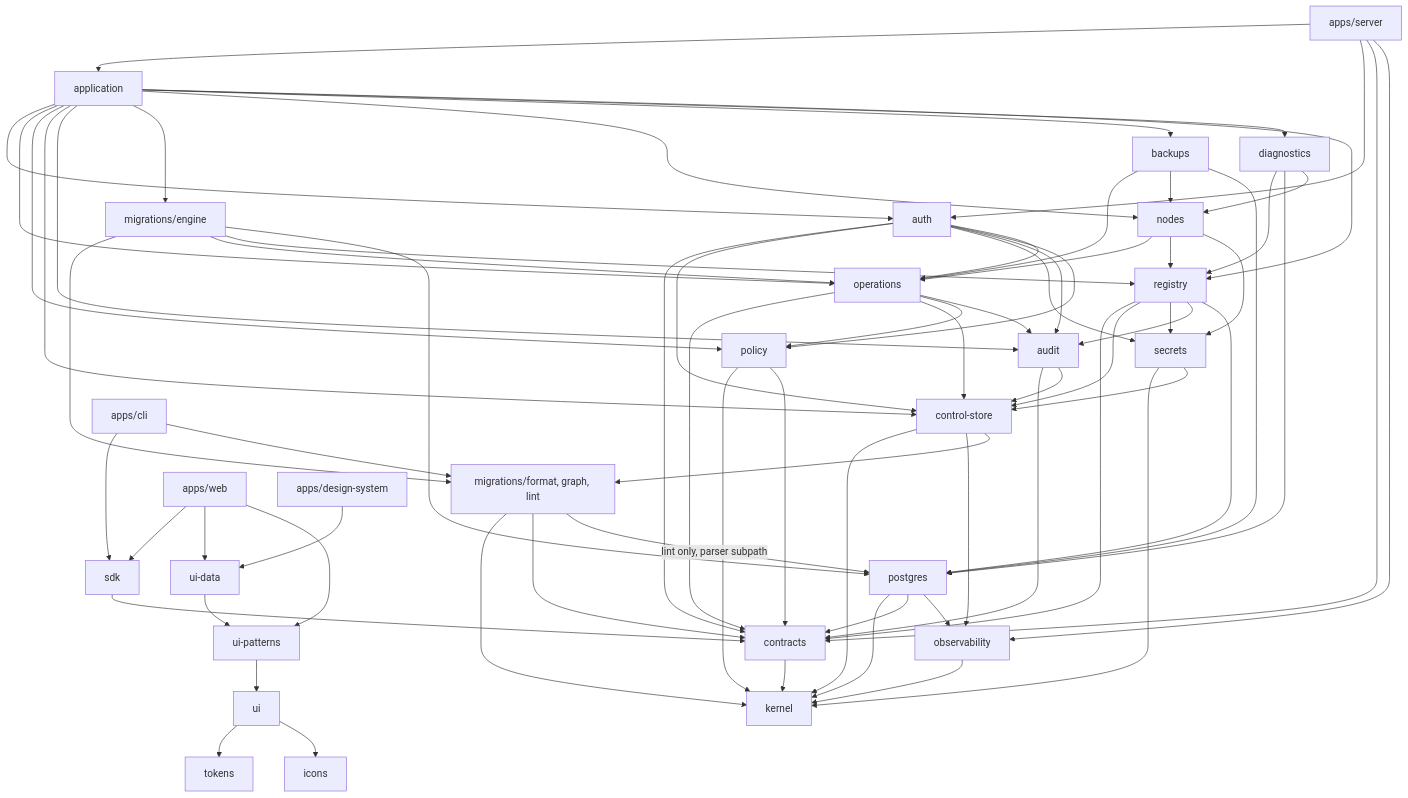
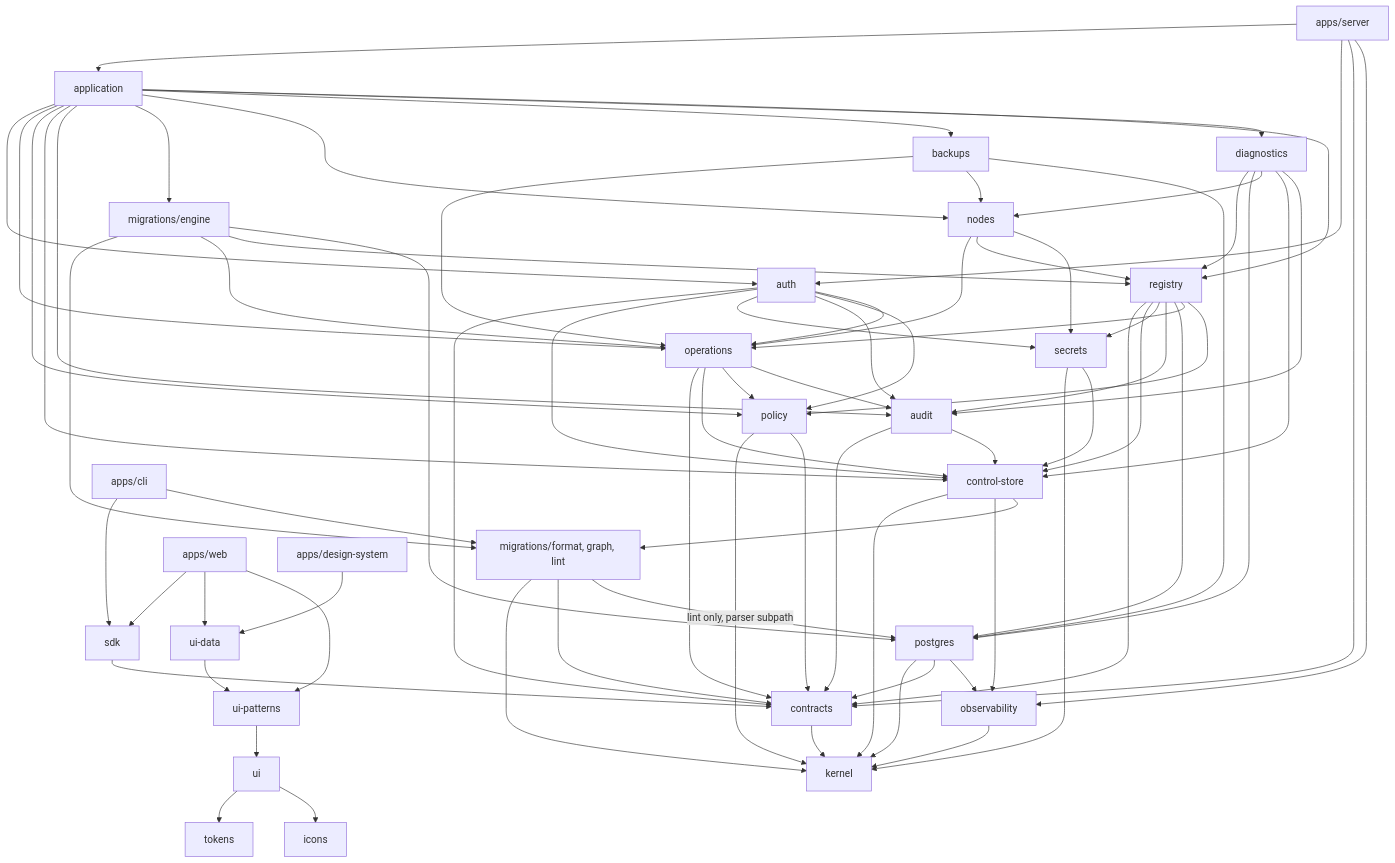
Before and after one commit to davdxpx/ExponetDB: the diagram in exponetdb-docs/01-architecture/package-architecture.md, drawn with Mermaid. The commit also changed other lines of this file and 40 other files, not shown here.

````diff
--- a/exponetdb-docs/01-architecture/package-architecture.md
+++ b/exponetdb-docs/01-architecture/package-architecture.md
@@ -217,74 +217,78 @@
 ```mermaid
 graph TD
   kernel
   contracts --> kernel
   observability --> kernel
   controlstore[control-store] --> kernel
   controlstore --> observability
   controlstore --> migpure
   migpure[migrations/format, graph, lint] --> kernel
   migpure --> contracts
   migpure -- lint only, parser subpath --> postgres
   secrets --> kernel
   secrets --> controlstore
   audit --> contracts
   audit --> controlstore
   postgres --> kernel
   postgres --> contracts
   postgres --> observability
   policy --> kernel
   policy --> contracts
   auth --> contracts
   auth --> controlstore
   auth --> secrets
   auth --> audit
   auth --> policy
   auth --> operations
   registry --> contracts
   registry --> controlstore
   registry --> secrets
   registry --> audit
   registry --> postgres
+  registry --> operations
+  registry --> policy
   operations --> contracts
   operations --> controlstore
   operations --> policy
   operations --> audit
   migengine[migrations/engine] --> migpure
   migengine --> operations
   migengine --> registry
   migengine --> postgres
   nodes --> operations
   nodes --> registry
   nodes --> secrets
   backups --> operations
   backups --> nodes
   backups --> postgres
   diagnostics --> registry
   diagnostics --> postgres
   diagnostics --> nodes
+  diagnostics --> controlstore
+  diagnostics --> audit
   application --> auth
   application --> operations
   application --> policy
   application --> controlstore
   application --> audit
   application --> migengine
   application --> nodes
   application --> backups
   application --> diagnostics
   application --> registry
   server[apps/server] --> application
   server --> auth
   server --> contracts
   server --> observability
   sdk --> contracts
   cli[apps/cli] --> sdk
   cli --> migpure
   web[apps/web] --> sdk
   web --> uidata[ui-data]
   web --> uipatterns[ui-patterns]
   uidata --> uipatterns
   uipatterns --> ui
   ui --> tokens
   ui --> icons
   ds[apps/design-system] --> uidata
 ```
````
